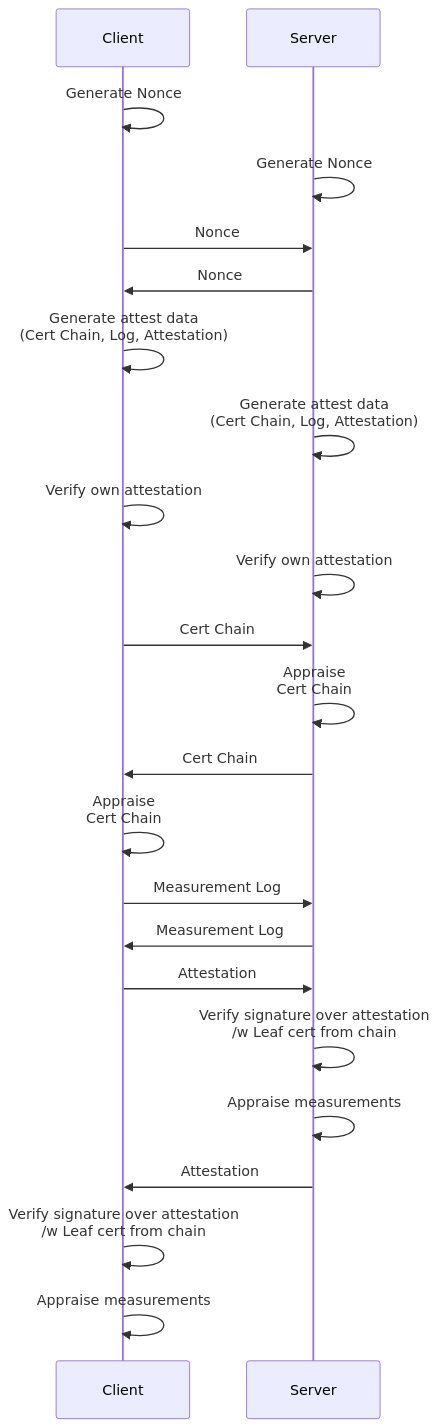
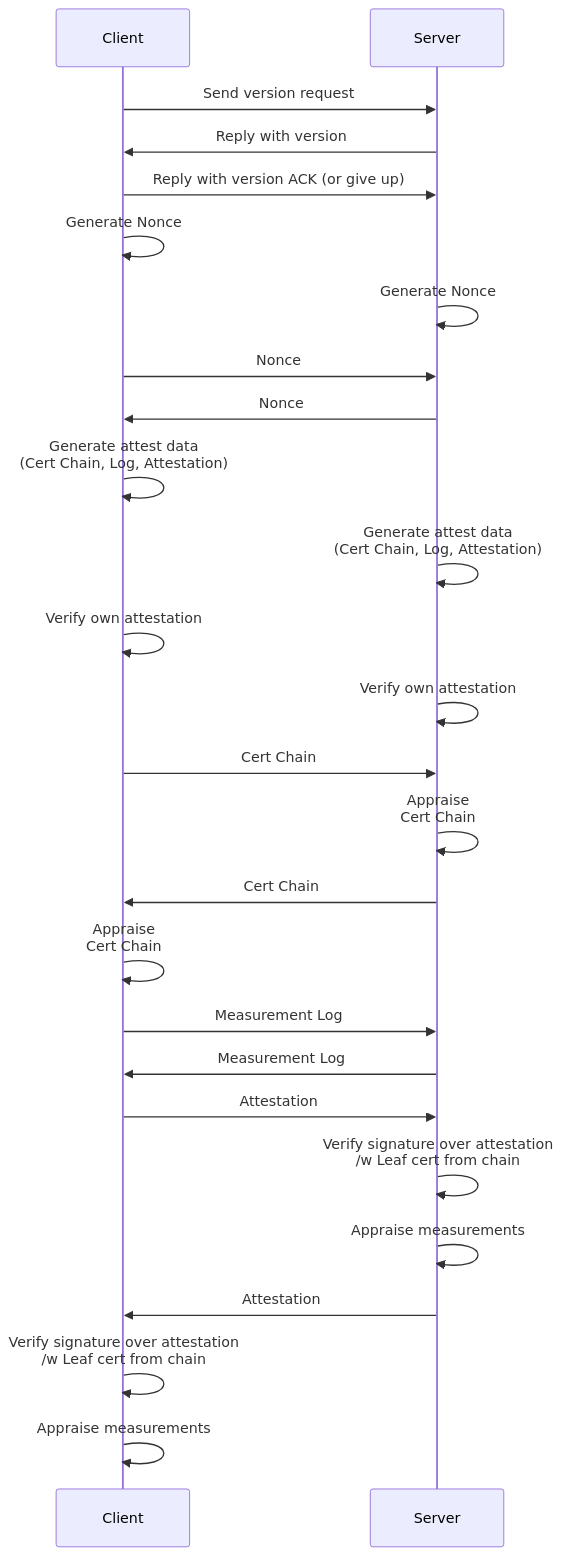
One commit to oxidecomputer/sprockets changed the diagram in README.md. Above: the diagram before and after it, drawn with Mermaid. The commit also changed 3 other files, not shown here.

````diff
--- a/README.md
+++ b/README.md
@@ -23,25 +23,28 @@
 ```mermaid
 %% sequence diagram describing the protocol used to exchange attestation
 %% evidence between client & server
 sequenceDiagram
+    Client->>Server: Send version request
+    Server->>Client: Reply with version
+    Client->>Server: Reply with version ACK (or give up)
     Client->>Client: Generate Nonce
     Server->>Server: Generate Nonce
     Client->>Server: Nonce
     Server->>Client: Nonce
     Client->>Client: Generate attest data<br/>(Cert Chain, Log, Attestation)
     Server->>Server: Generate attest data<br/>(Cert Chain, Log, Attestation)
     Client->>Client: Verify own attestation
     Server->>Server: Verify own attestation
     Client->>Server: Cert Chain
     Server->>Server: Appraise<br/>Cert Chain
     Server->>Client: Cert Chain
     Client->>Client: Appraise<br/>Cert Chain
     Client->>Server: Measurement Log
     Server->>Client: Measurement Log
     Client->>Server: Attestation
     Server->>Server: Verify signature over attestation<br/>/w Leaf cert from chain
     Server->>Server: Appraise measurements
     Server->>Client: Attestation
     Client->>Client: Verify signature over attestation<br/>/w Leaf cert from chain
     Client->>Client: Appraise measurements
 ```
````
